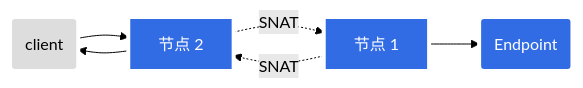
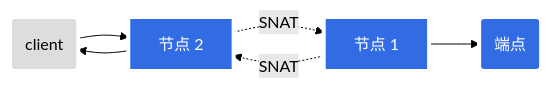
Before and after one commit to kubernetes/website: the first of 2 diagrams in content/zh/docs/tutorials/services/source-ip.md, drawn with Mermaid (forest theme).

```diff
--- a/content/zh/docs/tutorials/services/source-ip.md
+++ b/content/zh/docs/tutorials/services/source-ip.md
@@ -196,13 +196,13 @@
 {{< mermaid >}}
 graph LR;
   client(client)-->node2[节点 2];
   node2-->client;
   node2-. SNAT .->node1[节点 1];
   node1-. SNAT .->node2;
-  node1-->endpoint(Endpoint);
+  node1-->endpoint(端点);
 
   classDef plain fill:#ddd,stroke:#fff,stroke-width:4px,color:#000;
   classDef k8s fill:#326ce5,stroke:#fff,stroke-width:4px,color:#fff;
   class node1,node2,endpoint k8s;
   class client plain;
 {{</ mermaid >}}
```
